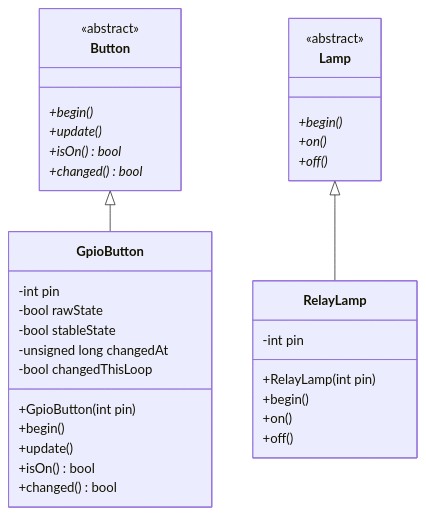
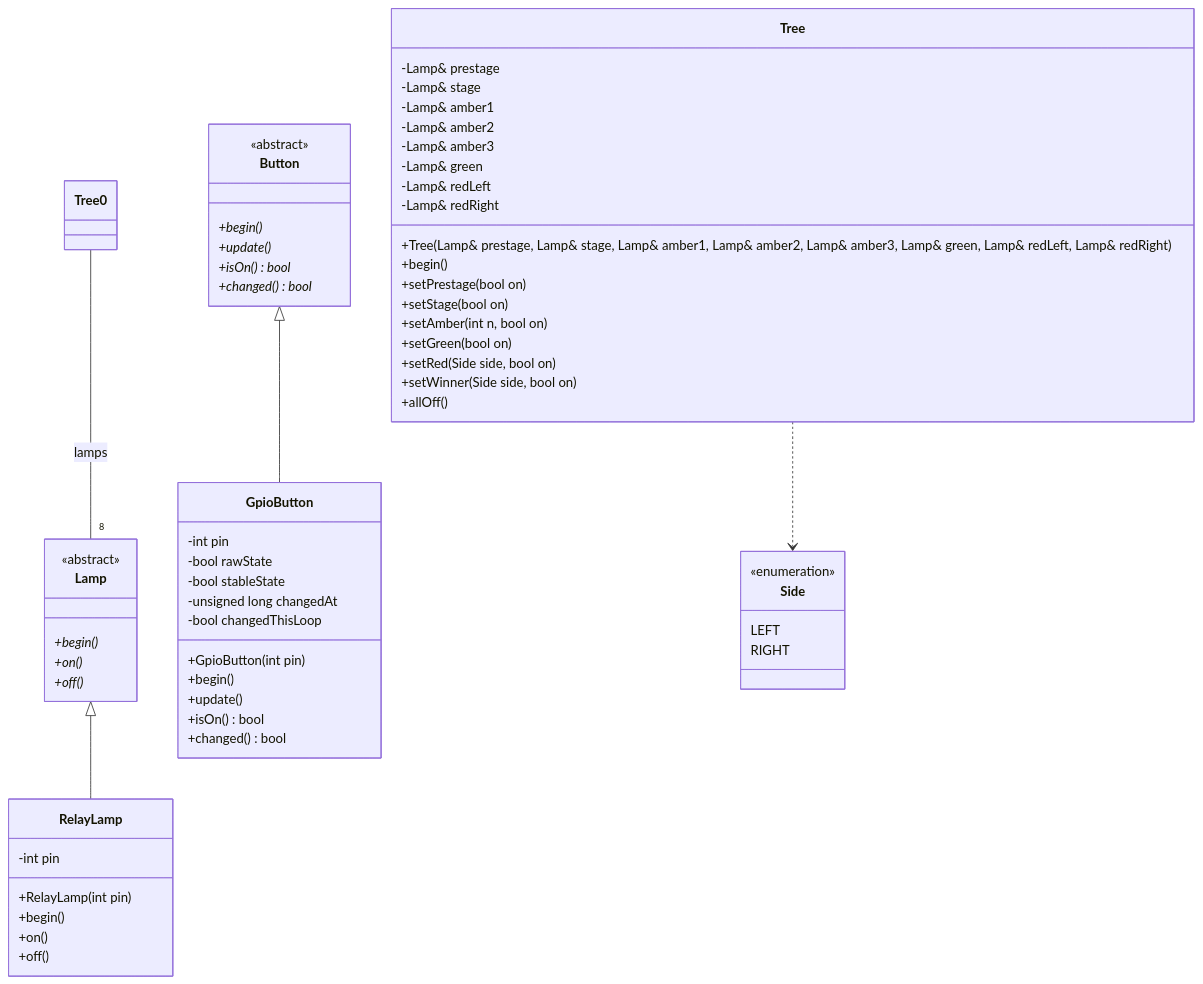
One commit to albinkarlsson1999/drag-tree changed the diagram in docs/design-model.md. Above: the diagram before and after it, drawn with Mermaid.

Commit message:
Tree class with side enum done

````diff
--- a/docs/design-model.md
+++ b/docs/design-model.md
@@ -1,42 +1,68 @@
 ```mermaid
 classDiagram
     %% Hardware
     class Button {
         <<abstract>>
         +begin()*
         +update()*
         +isOn()* bool
         +changed()* bool
     }
     class Lamp {
         <<abstract>>
         +begin()*
         +on()*
         +off()*
     }
     class GpioButton {
         +GpioButton(int pin)
         -int pin
         -bool rawState
         -bool stableState
         -unsigned long changedAt
         -bool changedThisLoop
         +begin()
         +update()
         +isOn() bool
         +changed() bool
     }
     class RelayLamp {
         +RelayLamp(int pin)
         -int pin
         +begin()
         +on()
         +off()
     }
     Button <|-- GpioButton
     Lamp <|-- RelayLamp
 
 
     %% The tree
+    class Tree {
+        -Lamp& prestage
+        -Lamp& stage
+        -Lamp& amber1
+        -Lamp& amber2
+        -Lamp& amber3
+        -Lamp& green
+        -Lamp& redLeft
+        -Lamp& redRight
+        +Tree(Lamp& prestage, Lamp& stage, Lamp& amber1, Lamp& amber2, Lamp& amber3, Lamp& green, Lamp& redLeft, Lamp& redRight)
+        +begin()
+        +setPrestage(bool on)
+        +setStage(bool on)
+        +setAmber(int n, bool on)
+        +setGreen(bool on)
+        +setRed(Side side, bool on)
+        +setWinner(Side side, bool on)
+        +allOff()
+    }
+    class Side {
+        <<enumeration>>
+        LEFT
+        RIGHT
+    }
+    Tree 0-- "8" Lamp : lamps
+    Tree ..> Side
 
 ```
````
